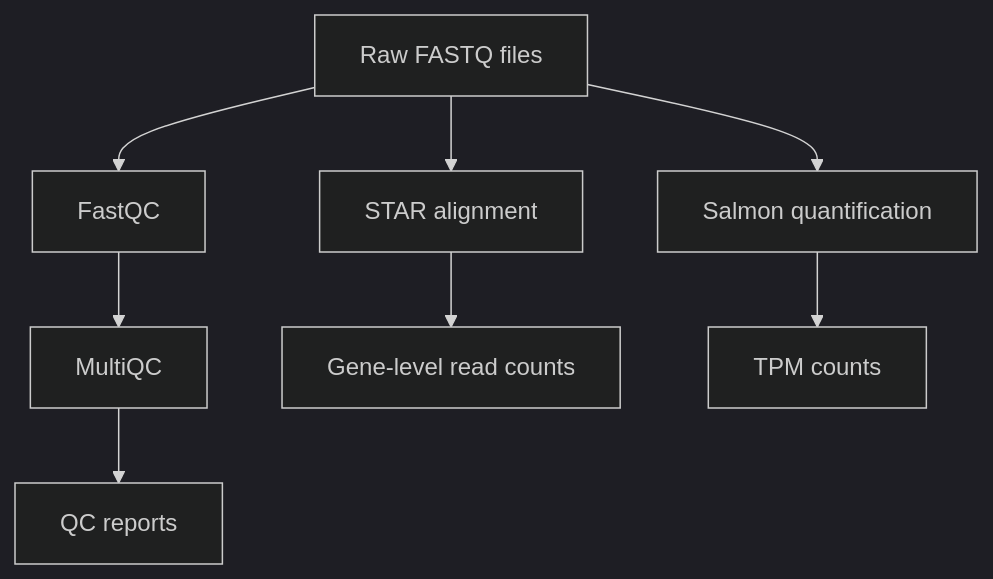
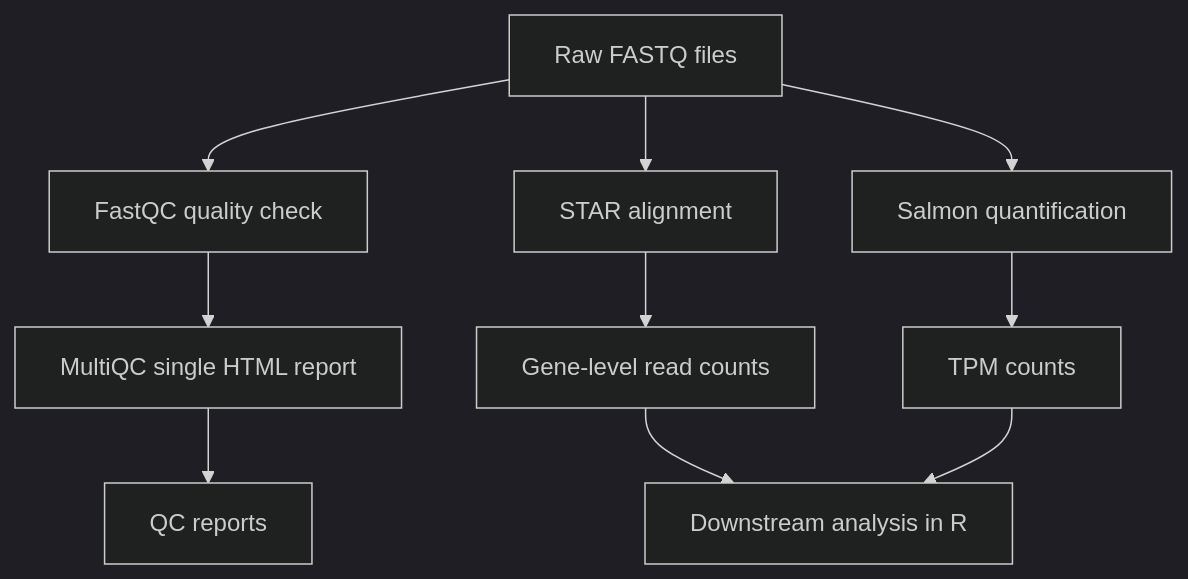
Before and after one commit to tudumanne/BulkRNAseq_Barretts: the diagram in hpc/README.md, drawn with Mermaid (dark theme). The commit also changed other lines of this file, not shown here.

````diff
--- a/hpc/README.md
+++ b/hpc/README.md
@@ -18,10 +36,12 @@
 ```mermaid
 graph TD; 
-    A[Raw FASTQ files]-->B[FastQC];
+    A[Raw FASTQ files]-->B[FastQC quality check];
     A-->C[STAR alignment];
     A-->D[Salmon quantification];
-    B-->E[MultiQC];
+    B-->E[MultiQC single HTML report];
     E-->F[QC reports];
     C-->G[Gene-level read counts];
     D-->H[TPM counts];
+    G-->I[Downstream analysis in R]
+    H-->I
 ```
````
